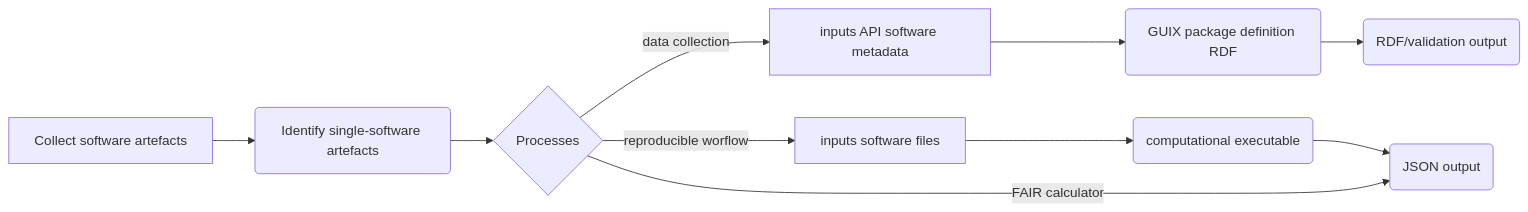
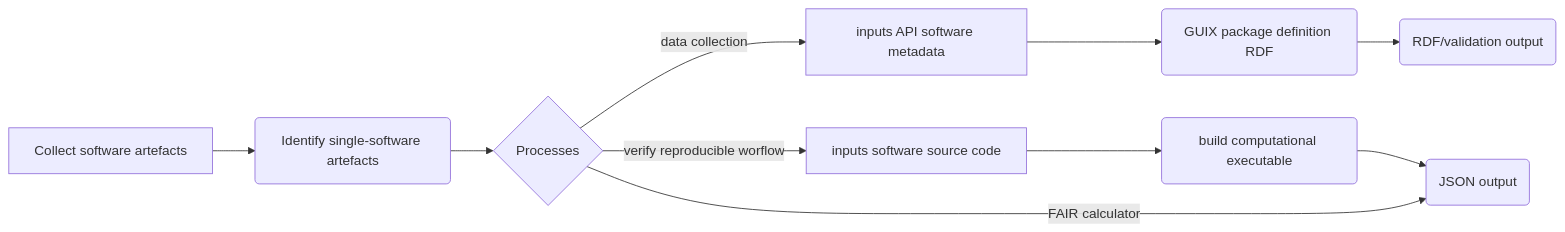
Before and after one commit to 4TUResearchData/soss: the first of 2 diagrams in README.md, drawn with Mermaid.

Commit message:
added rdf example

````diff
--- a/README.md
+++ b/README.md
@@ -24,8 +24,8 @@
 ```mermaid
 graph LR
 A[Collect software artefacts] -->B(Identify single-software artefacts)
     B --> C{Processes}
     C -->|data collection| D[inputs API software metadata] --> F(GUIX package definition RDF) --> G(RDF/validation output)
-    C -->|reproducible worflow| E[inputs software files] --> H(computational executable) --> J(JSON output)
+    C -->|verify reproducible worflow| E[inputs software source code] --> H(build computational executable) --> J(JSON output)
     C -->|FAIR calculator| J(JSON output)
 ```
````
